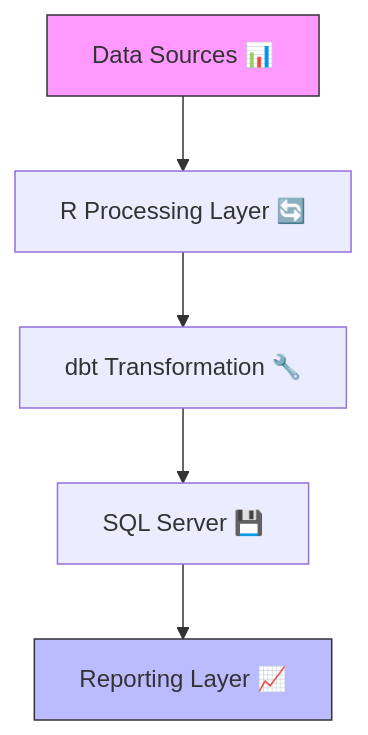
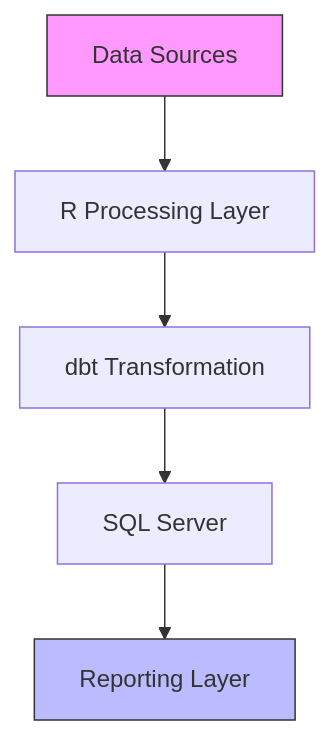
The first of 2 diagrams in 04-system-architecture.qmd (TheDataShrink/fisheries_project), drawn with Mermaid before and after one commit. The commit also changed 8 other files, not shown here.

````diff
--- a/04-system-architecture.qmd
+++ b/04-system-architecture.qmd
@@ -9,9 +9,9 @@
 ```{mermaid}
 graph TD
-    A[Data Sources 📊] --> B[R Processing Layer 🔄]
-    B --> C[dbt Transformation 🔧]
-    C --> D[SQL Server 💾]
-    D --> E[Reporting Layer 📈]
+    A[Data Sources] --> B[R Processing Layer]
+    B --> C[dbt Transformation]
+    C --> D[SQL Server]
+    D --> E[Reporting Layer]
     style A fill:#f9f,stroke:#333
     style E fill:#bbf,stroke:#333
 ```
````
